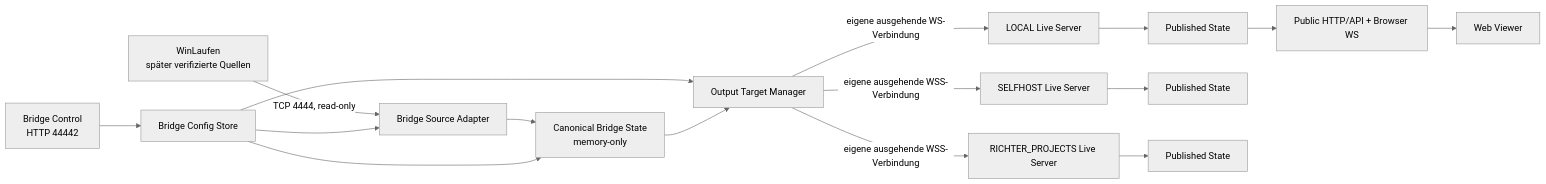
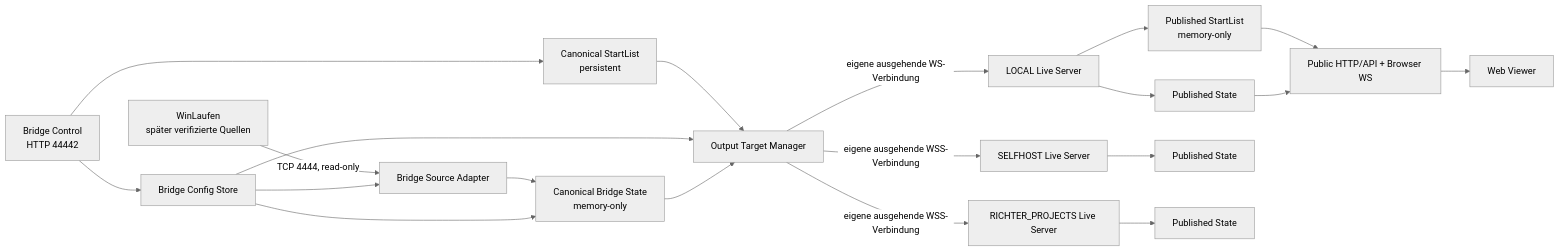
The diagram in docs/MODULAR_ARCHITECTURE.md (richtertoralf/winlaufen-web), drawn with Mermaid (neutral theme) before and after one commit. The commit also changed other lines of this file and 30 other files, not shown here.

First line of the commit message:
feat(startlist): publish the start list and show it in the web viewer

````diff
--- a/docs/MODULAR_ARCHITECTURE.md
+++ b/docs/MODULAR_ARCHITECTURE.md
@@ -44,18 +44,22 @@
 ```mermaid
 flowchart LR
     SRC[WinLaufen<br/>später verifizierte Quellen] -->|TCP 4444, read-only| BA[Bridge Source Adapter]
     BA --> CBS[Canonical Bridge State<br/>memory-only]
+    CUI --> SLS[Canonical StartList<br/>persistent]
+    SLS --> OT
     BC[Bridge Config Store] --> BA
     BC --> OT[Output Target Manager]
     BC --> CBS
     CUI[Bridge Control<br/>HTTP 44442] --> BC
     CBS --> OT
     OT -->|eigene ausgehende WS-Verbindung| LS1[LOCAL Live Server]
     OT -->|eigene ausgehende WSS-Verbindung| LS2[SELFHOST Live Server]
     OT -->|eigene ausgehende WSS-Verbindung| LS3[RICHTER_PROJECTS Live Server]
+    LS1 --> PSL1[Published StartList<br/>memory-only]
+    PSL1 --> API1
     LS1 --> PSS1[Published State]
     LS2 --> PSS2[Published State]
     LS3 --> PSS3[Published State]
     PSS1 --> API1[Public HTTP/API + Browser WS]
     API1 --> WV1[Web Viewer]
 ```
````
